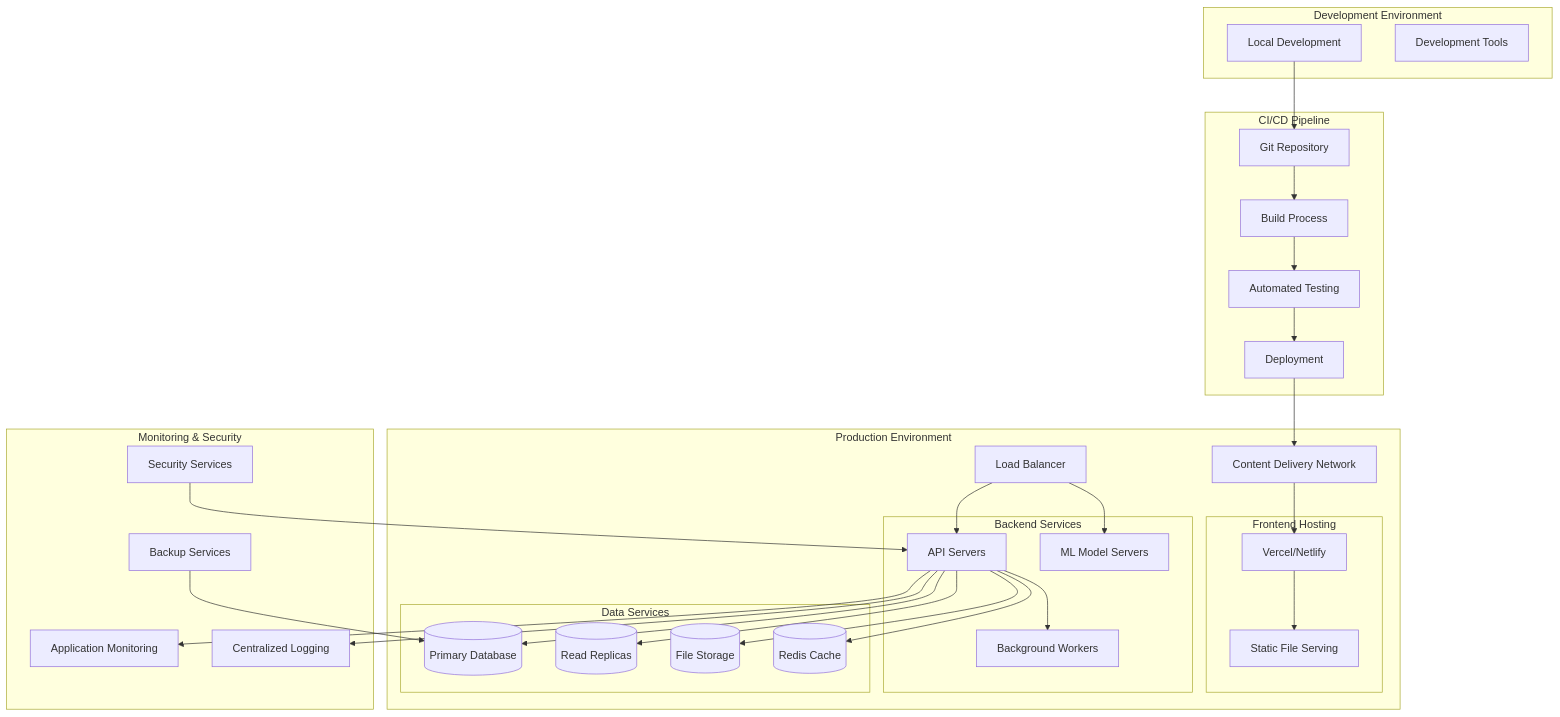
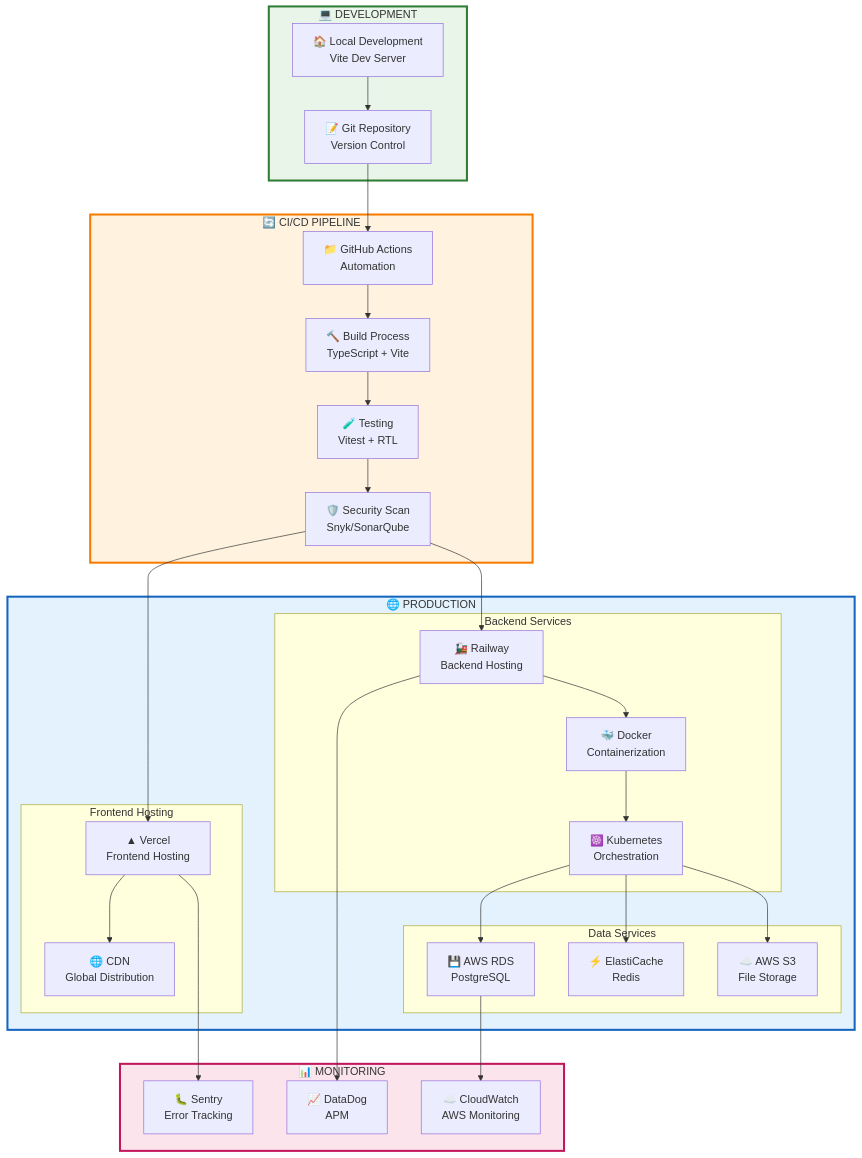
One commit to Shipra1605/health-ai-medicare-compass changed the fourth of 4 diagrams in docs/System_Architecture.md. Above: the diagram before and after it, drawn with Mermaid. The commit also changed other lines of this file and 4 other files, not shown here.

First line of the commit message:
Refactor: Enhance diagrams for academic report

````diff
--- a/docs/System_Architecture.md
+++ b/docs/System_Architecture.md
@@ -129,67 +253,64 @@
 ```mermaid
 graph TB
-    subgraph "Development Environment"
-        DEV_LOCAL[Local Development]
-        DEV_TOOLS[Development Tools]
+    subgraph Development["💻 DEVELOPMENT"]
+        LOCAL[🏠 Local Development<br/>Vite Dev Server]
+        GIT[📝 Git Repository<br/>Version Control]
     end
     
-    subgraph "CI/CD Pipeline"
-        GIT[Git Repository]
-        BUILD[Build Process]
-        TEST[Automated Testing]
-        DEPLOY[Deployment]
+    subgraph CICD["🔄 CI/CD PIPELINE"]
+        GITHUB[📁 GitHub Actions<br/>Automation]
+        BUILD[🔨 Build Process<br/>TypeScript + Vite]
+        TEST[🧪 Testing<br/>Vitest + RTL]
+        SECURITY[🛡️ Security Scan<br/>Snyk/SonarQube]
     end
     
-    subgraph "Production Environment"
-        CDN[Content Delivery Network]
-        LB[Load Balancer]
-        
-        subgraph "Frontend Hosting"
-            VERCEL[Vercel/Netlify]
-            STATIC[Static File Serving]
+    subgraph Production["🌐 PRODUCTION"]
+        subgraph Frontend_Prod["Frontend Hosting"]
+            VERCEL[▲ Vercel<br/>Frontend Hosting]
+            CDN_PROD[🌐 CDN<br/>Global Distribution]
         end
         
-        subgraph "Backend Services"
-            API_SERVER[API Servers]
-            ML_SERVER[ML Model Servers]
-            WORKER[Background Workers]
+        subgraph Backend_Prod["Backend Services"]
+            RAILWAY[🚂 Railway<br/>Backend Hosting]
+            DOCKER[🐳 Docker<br/>Containerization]
+            K8S[☸️ Kubernetes<br/>Orchestration]
         end
         
-        subgraph "Data Services"
-            DB_PRIMARY[(Primary Database)]
-            DB_REPLICA[(Read Replicas)]
-            STORAGE_PROD[(File Storage)]
-            CACHE_PROD[(Redis Cache)]
+        subgraph Data_Prod["Data Services"]
+            RDS[💾 AWS RDS<br/>PostgreSQL]
+            ELASTICACHE[⚡ ElastiCache<br/>Redis]
+            S3_PROD[☁️ AWS S3<br/>File Storage]
         end
     end
     
-    subgraph "Monitoring & Security"
-        MONITORING_PROD[Application Monitoring]
-        LOGGING[Centralized Logging]
-        SECURITY[Security Services]
-        BACKUP[Backup Services]
+    subgraph Monitoring_Prod["📊 MONITORING"]
+        SENTRY[🐛 Sentry<br/>Error Tracking]
+        DATADOG[📈 DataDog<br/>APM]
+        CLOUDWATCH[☁️ CloudWatch<br/>AWS Monitoring]
     end
     
-    DEV_LOCAL --> GIT
-    GIT --> BUILD
+    LOCAL --> GIT
+    GIT --> GITHUB
+    GITHUB --> BUILD
     BUILD --> TEST
-    TEST --> DEPLOY
+    TEST --> SECURITY
+    SECURITY --> VERCEL
+    SECURITY --> RAILWAY
     
-    DEPLOY --> CDN
-    CDN --> VERCEL
-    VERCEL --> STATIC
+    VERCEL --> CDN_PROD
+    RAILWAY --> DOCKER
+    DOCKER --> K8S
     
-    LB --> API_SERVER
-    LB --> ML_SERVER
-    API_SERVER --> WORKER
+    K8S --> RDS
+    K8S --> ELASTICACHE
+    K8S --> S3_PROD
     
-    API_SERVER --> DB_PRIMARY
-    API_SERVER --> DB_REPLICA
-    API_SERVER --> STORAGE_PROD
-    API_SERVER --> CACHE_PROD
+    VERCEL --> SENTRY
+    RAILWAY --> DATADOG
+    RDS --> CLOUDWATCH
     
-    API_SERVER --> MONITORING_PROD
-    API_SERVER --> LOGGING
-    SECURITY --> API_SERVER
-    BACKUP --> DB_PRIMARY
+    style Development fill:#e8f5e8,stroke:#2e7d32,stroke-width:3px
+    style CICD fill:#fff3e0,stroke:#f57c00,stroke-width:3px
+    style Production fill:#e3f2fd,stroke:#1565c0,stroke-width:3px
+    style Monitoring_Prod fill:#fce4ec,stroke:#c2185b,stroke-width:3px
 ```
````
